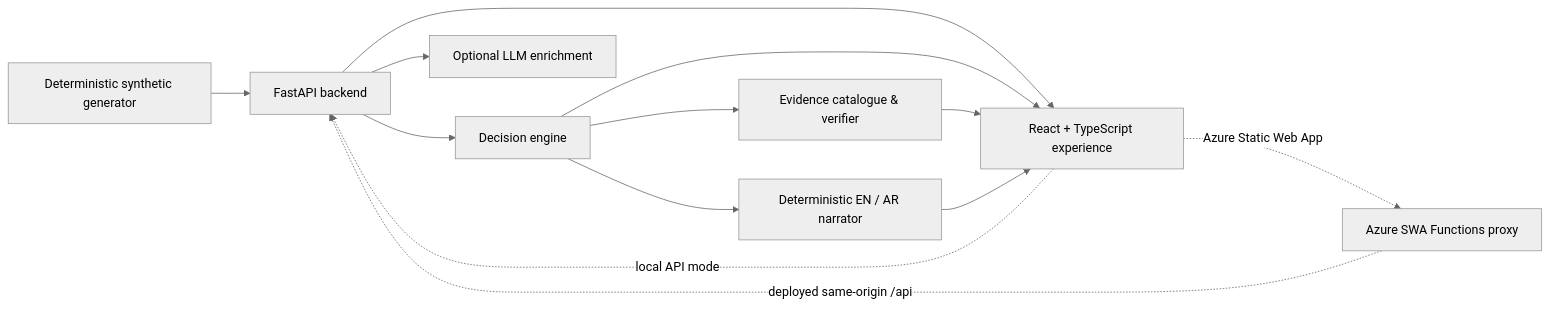
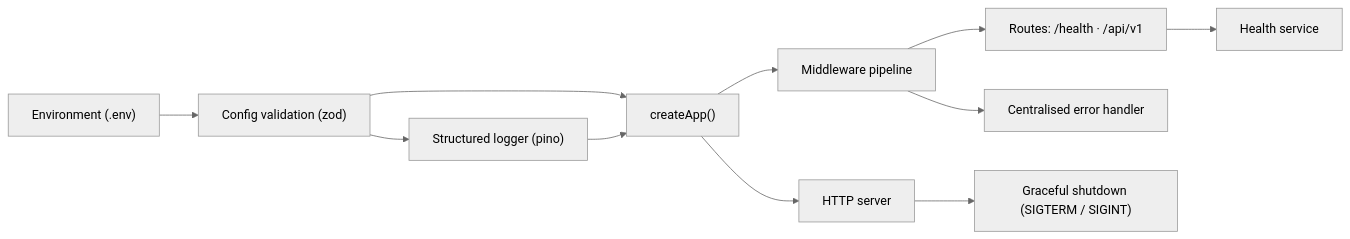
The second of 2 diagrams in README.md (Adamzuckk/Rematch), drawn with Mermaid (neutral theme) before and after one commit. The commit also changed other lines of this file, not shown here.

````diff
--- a/README.md
+++ b/README.md
@@ -89,15 +92,13 @@
 ```mermaid
 flowchart LR
-  S["Deterministic synthetic generator"] --> B["FastAPI backend"]
-  B --> D["Decision engine"]
-  D --> V["Evidence catalogue & verifier"]
-  D --> N["Deterministic EN / AR narrator"]
-  B --> E["Optional LLM enrichment"]
-  B --> R["React + TypeScript experience"]
-  D --> R
-  V --> R
-  N --> R
-  P["Azure SWA Functions proxy"] -.->|"deployed same-origin /api"| B
-  R -.->|"local API mode"| B
-  R -.->|"Azure Static Web App"| P
+  E["Environment (.env)"] --> C["Config validation (zod)"]
+  C --> L["Structured logger (pino)"]
+  C --> A["createApp()"]
+  L --> A
+  A --> M["Middleware pipeline"]
+  M --> R["Routes: /health · /api/v1"]
+  R --> H["Health service"]
+  M --> X["Centralised error handler"]
+  A --> S["HTTP server"]
+  S --> G["Graceful shutdown (SIGTERM / SIGINT)"]
 ```
````
